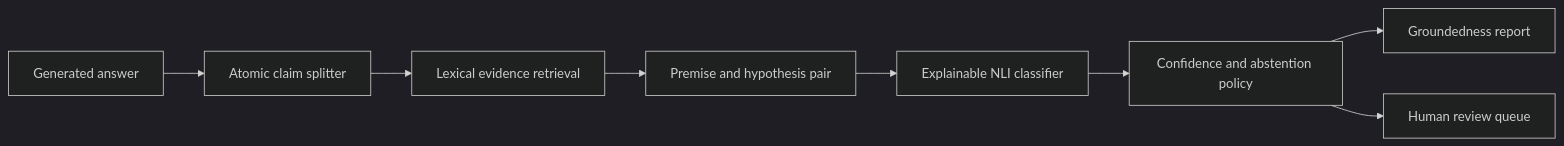
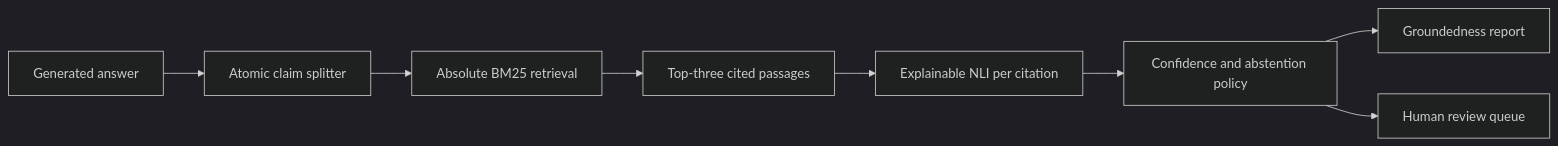
Before and after one commit to Saroswat/explainable-nli-hallucination-verifier: the diagram in README.md, drawn with Mermaid (dark theme). The commit also changed other lines of this file and 22 other files, not shown here.

````diff
--- a/README.md
+++ b/README.md
@@ -100,10 +125,10 @@
 ```mermaid
 flowchart LR
     A["Generated answer"] --> B["Atomic claim splitter"]
-    B --> C["Lexical evidence retrieval"]
-    C --> D["Premise and hypothesis pair"]
-    D --> E["Explainable NLI classifier"]
+    B --> C["Absolute BM25 retrieval"]
+    C --> D["Top-three cited passages"]
+    D --> E["Explainable NLI per citation"]
     E --> F["Confidence and abstention policy"]
     F --> G["Groundedness report"]
     F --> H["Human review queue"]
 ```
````
